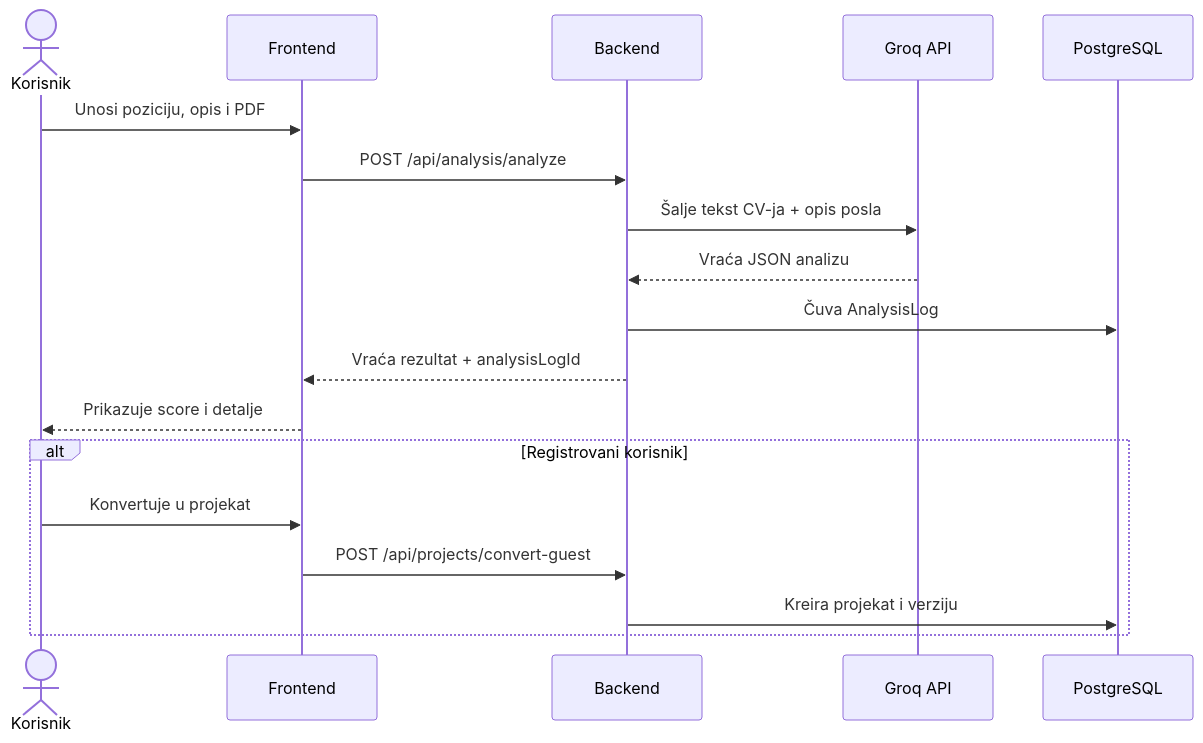
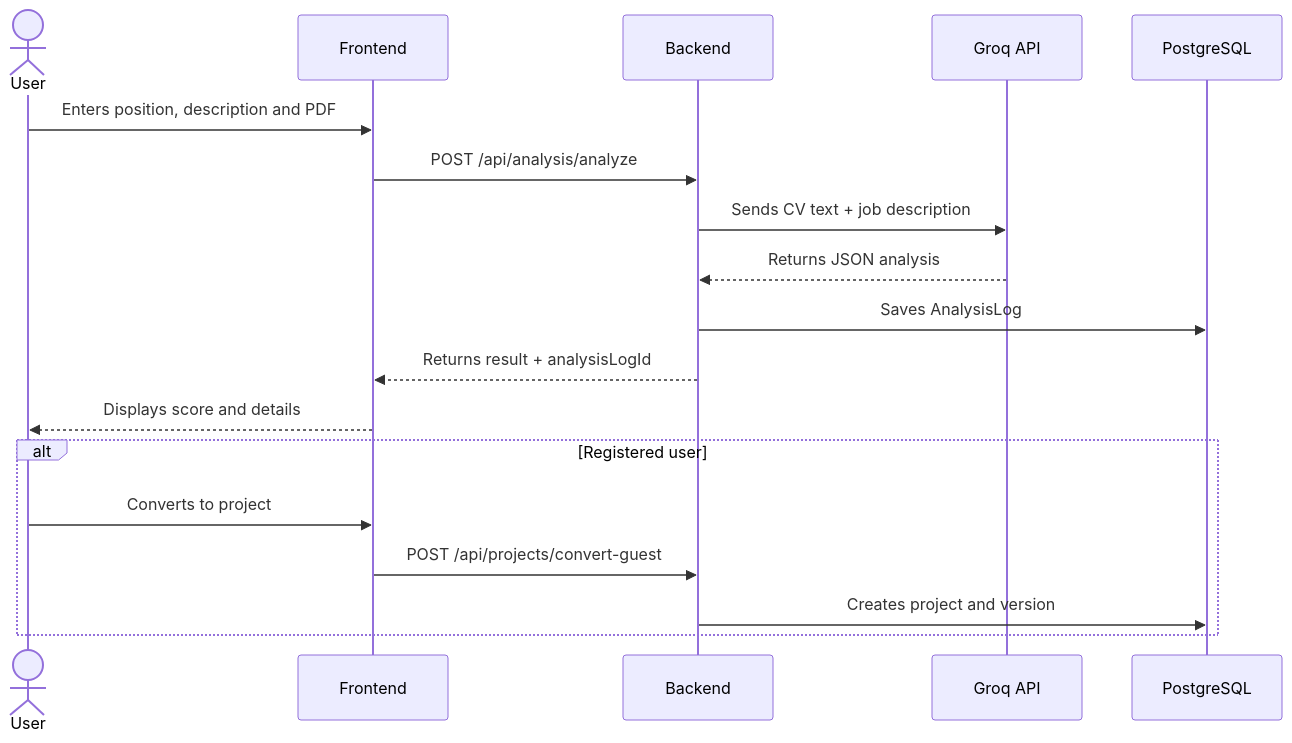
One commit to jevticn-dev/smart-resume-analyzer changed the third of 3 diagrams in README.md. Above: the diagram before and after it, drawn with Mermaid. The commit also changed other lines of this file and 1 other file, not shown here.

Commit message:
translate README to English, keep Serbian version as README.sr.md

````diff
--- a/README.md
+++ b/README.md
@@ -71,22 +71,22 @@
 ```mermaid
 sequenceDiagram
-    actor K as Korisnik
+    actor K as User
     participant FE as Frontend
     participant BE as Backend
     participant AI as Groq API
     participant DB as PostgreSQL
 
-    K->>FE: Unosi poziciju, opis i PDF
+    K->>FE: Enters position, description and PDF
     FE->>BE: POST /api/analysis/analyze
-    BE->>AI: Šalje tekst CV-ja + opis posla
-    AI-->>BE: Vraća JSON analizu
-    BE->>DB: Čuva AnalysisLog
-    BE-->>FE: Vraća rezultat + analysisLogId
-    FE-->>K: Prikazuje score i detalje
+    BE->>AI: Sends CV text + job description
+    AI-->>BE: Returns JSON analysis
+    BE->>DB: Saves AnalysisLog
+    BE-->>FE: Returns result + analysisLogId
+    FE-->>K: Displays score and details
 
-    alt Registrovani korisnik
-        K->>FE: Konvertuje u projekat
+    alt Registered user
+        K->>FE: Converts to project
         FE->>BE: POST /api/projects/convert-guest
-        BE->>DB: Kreira projekat i verziju
+        BE->>DB: Creates project and version
     end
 ```
````
